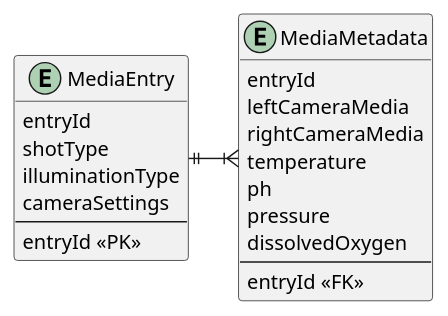
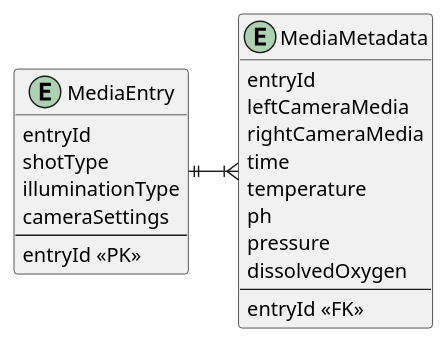
The diagram in Progress_Report_Presentation/Main_Document/Figures/ER_Diagram.pu (fabiomatos999/M.O.S.I.S), drawn with PlantUML before and after one commit. The commit also changed 6 other files, not shown here.

```diff
--- a/Progress_Report_Presentation/Main_Document/Figures/ER_Diagram.pu
+++ b/Progress_Report_Presentation/Main_Document/Figures/ER_Diagram.pu
@@ -1,23 +1,24 @@
 @startuml
 skinparam linetype ortho
 entity MediaEntry {
 	entryId
 	shotType
 	illuminationType
 	cameraSettings
 	--
 	entryId <<PK>>
 }
 entity MediaMetadata {
 	entryId
 	leftCameraMedia
 	rightCameraMedia
+	time
 	temperature
 	ph
 	pressure
 	dissolvedOxygen
 	--
 	entryId <<FK>>
 }
 MediaEntry ||-right-|{ MediaMetadata
 @enduml
```
